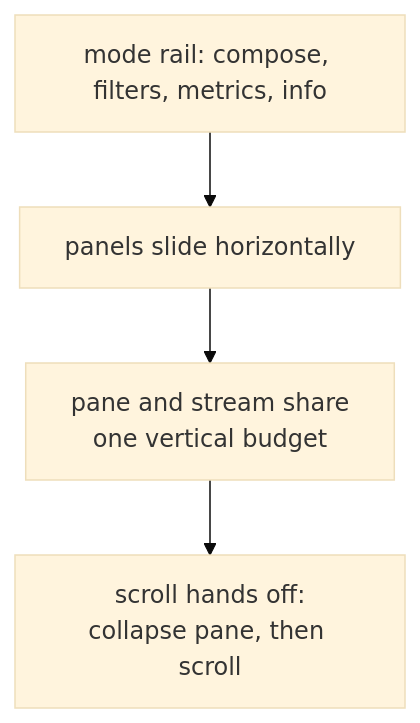
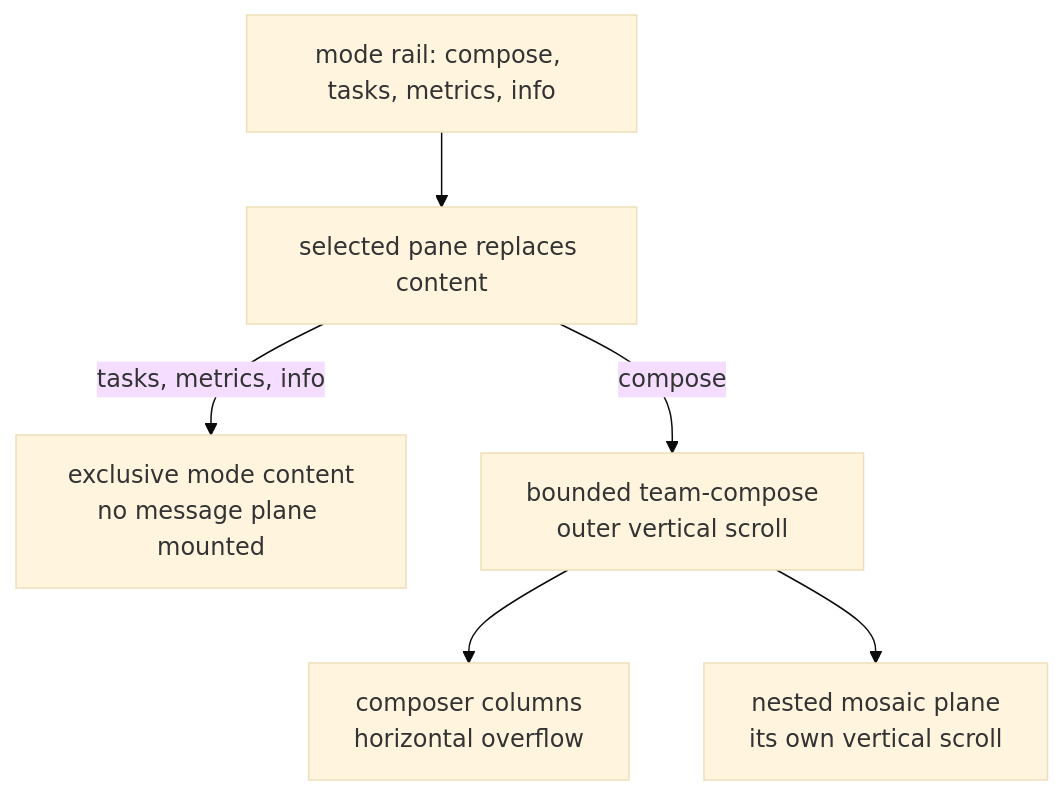
Before and after one commit to infimalabs/spice-rust: diagram 20 of 25 in docs/product/value.md, drawn with Mermaid (base theme). The commit also changed other lines of this file and 71 other files, not shown here.

````diff
--- a/docs/product/value.md
+++ b/docs/product/value.md
@@ -421,6 +501,8 @@
 ```mermaid
 flowchart TD
-  R["mode rail: compose, filters, metrics, info"] --> P["panels slide horizontally"]
-  P --> H["pane and stream share<br/>one vertical budget"]
-  H --> SC["scroll hands off:<br/>collapse pane, then scroll"]
+  R["mode rail: compose, tasks, metrics, info"] --> P["selected pane replaces content"]
+  P -- "tasks, metrics, info" --> X["exclusive mode content<br/>no message plane mounted"]
+  P -- "compose" --> C["bounded team-compose<br/>outer vertical scroll"]
+  C --> H["composer columns<br/>horizontal overflow"]
+  C --> S["nested mosaic plane<br/>its own vertical scroll"]
 ```
````
